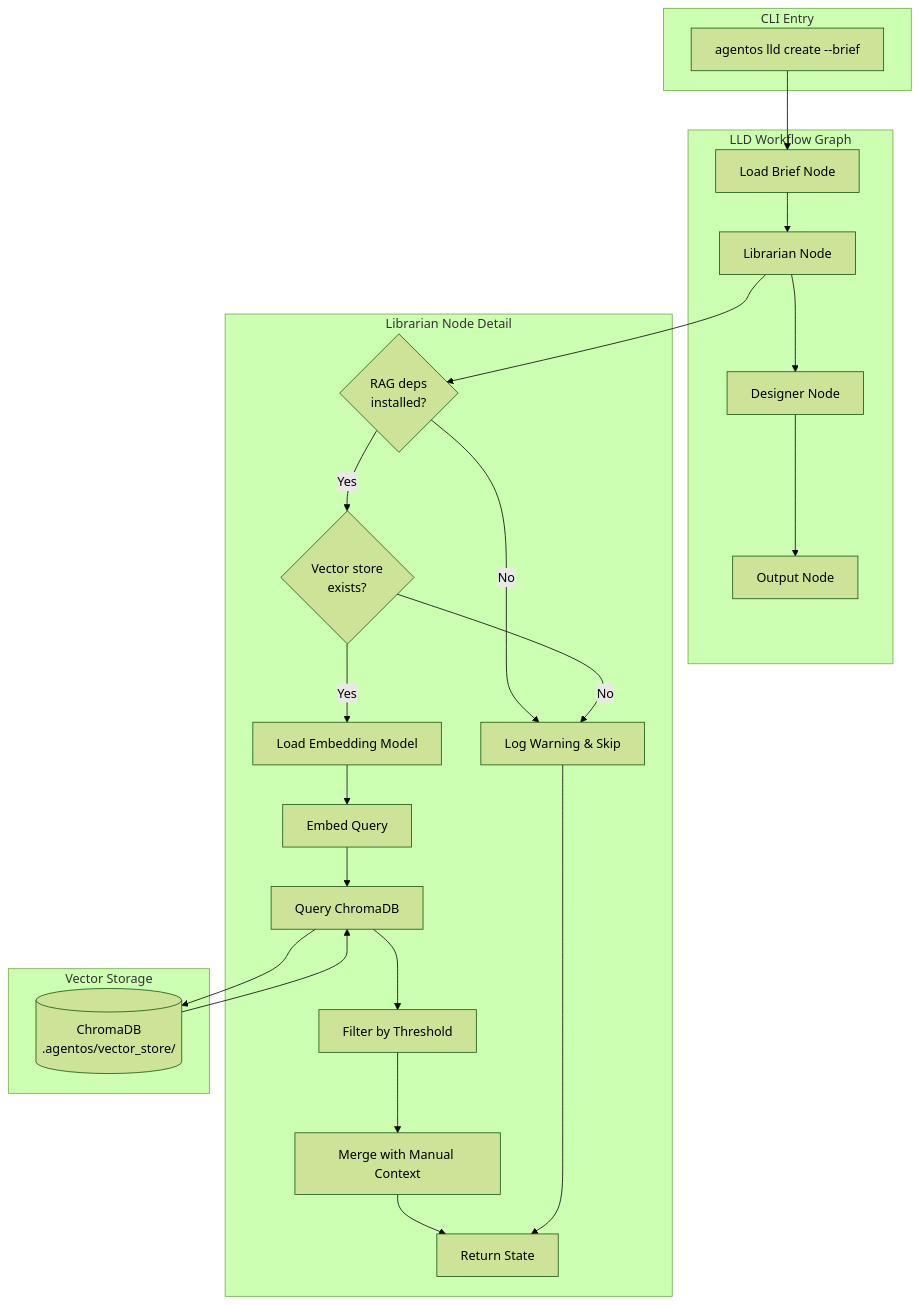
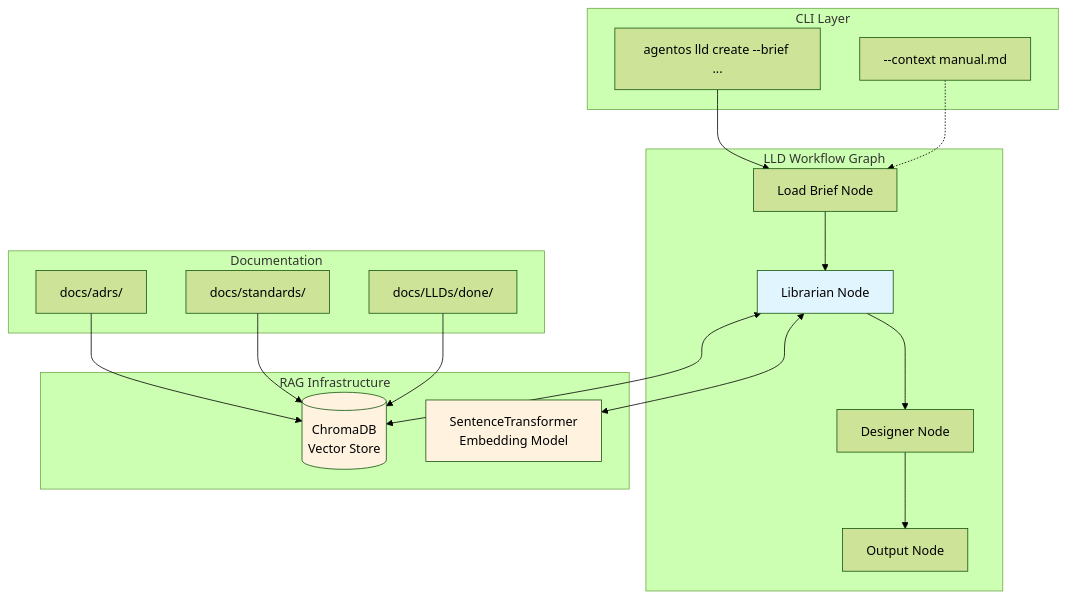
One commit to martymcenroe/AssemblyZero changed the first of 2 diagrams in docs/lineage/active/88-lld-n2/002-draft.md. Above: the diagram before and after it, drawn with Mermaid (forest theme). The commit also changed other lines of this file and 191 other files, not shown here.

First line of the commit message:
feat: add The Librarian RAG context injection (#88) (#481)

````diff
--- a/docs/lineage/active/88-lld-n2/002-draft.md
+++ b/docs/lineage/active/88-lld-n2/002-draft.md
@@ -342,48 +368,42 @@
 ```mermaid
-flowchart TD
-    subgraph CLI["CLI Entry"]
-        A[agentos lld create --brief]
+flowchart TB
+    subgraph CLI["CLI Layer"]
+        A[agentos lld create --brief ...]
+        B[--context manual.md]
     end
-
+    
     subgraph Workflow["LLD Workflow Graph"]
-        B[Load Brief Node]
-        C[Librarian Node]
-        D[Designer Node]
-        E[Output Node]
+        C[Load Brief Node]
+        D[Librarian Node]
+        E[Designer Node]
+        F[Output Node]
     end
-
-    subgraph Librarian["Librarian Node Detail"]
-        C1{RAG deps<br/>installed?}
-        C2{Vector store<br/>exists?}
-        C3[Load Embedding Model]
-        C4[Embed Query]
-        C5[Query ChromaDB]
-        C6[Filter by Threshold]
-        C7[Merge with Manual Context]
-        C8[Return State]
-        C9[Log Warning & Skip]
+    
+    subgraph RAG["RAG Infrastructure"]
+        G[(ChromaDB<br/>Vector Store)]
+        H[SentenceTransformer<br/>Embedding Model]
     end
-
-    subgraph Storage["Vector Storage"]
-        VS[(ChromaDB<br/>.agentos/vector_store/)]
+    
+    subgraph Docs["Documentation"]
+        I[docs/adrs/]
+        J[docs/standards/]
+        K[docs/LLDs/done/]
     end
-
-    A --> B
-    B --> C
+    
+    A --> C
+    B -.-> C
     C --> D
     D --> E
-
-    C --> C1
-    C1 -->|No| C9
-    C1 -->|Yes| C2
-    C2 -->|No| C9
-    C2 -->|Yes| C3
-    C3 --> C4
-    C4 --> C5
-    C5 --> VS
-    VS --> C5
-    C5 --> C6
-    C6 --> C7
-    C7 --> C8
-    C9 --> C8
+    E --> F
+    
+    D <--> G
+    D <--> H
+    
+    I --> G
+    J --> G
+    K --> G
+    
+    style D fill:#e1f5fe
+    style G fill:#fff3e0
+    style H fill:#fff3e0
 ```
````
